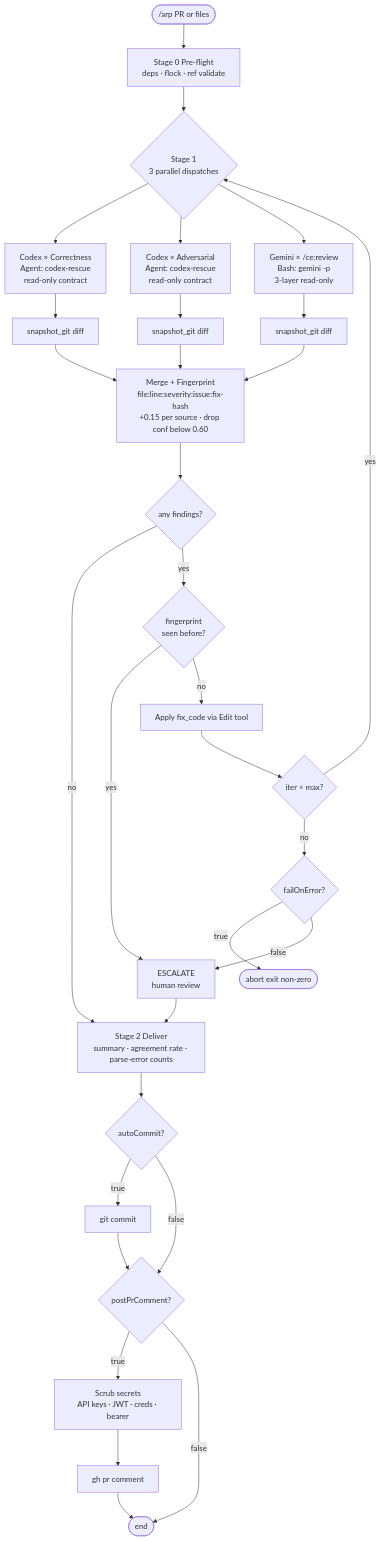
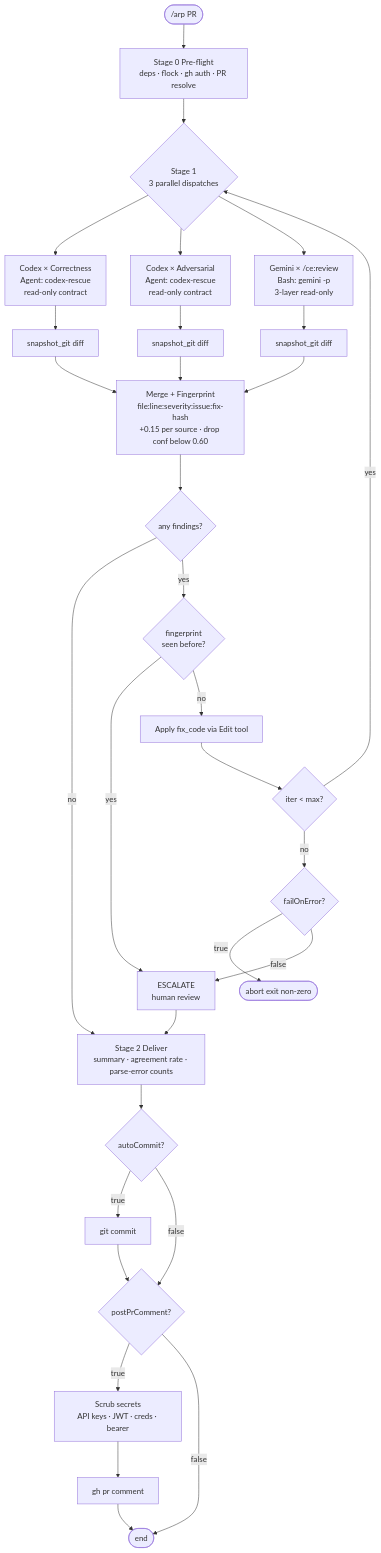
Before and after one commit to onchainyaotoshi/agent-review-pipeline: the diagram in README.md, drawn with Mermaid. The commit also changed 5 other files, not shown here.

````diff
--- a/README.md
+++ b/README.md
@@ -16,39 +16,39 @@
 ```mermaid
 flowchart TD
-    Start([/arp PR or files]) --> Pre[Stage 0 Pre-flight<br/>deps · flock · ref validate]
+    Start([/arp PR]) --> Pre[Stage 0 Pre-flight<br/>deps · flock · gh auth · PR resolve]
     Pre --> Disp{Stage 1<br/>3 parallel dispatches}
 
     Disp --> C1["Codex × Correctness<br/>Agent: codex-rescue<br/>read-only contract"]
     Disp --> C2["Codex × Adversarial<br/>Agent: codex-rescue<br/>read-only contract"]
     Disp --> G["Gemini × /ce:review<br/>Bash: gemini -p<br/>3-layer read-only"]
 
     C1 --> S1[snapshot_git diff]
     C2 --> S2[snapshot_git diff]
     G  --> S3[snapshot_git diff]
     S1 --> M
     S2 --> M
     S3 --> M
 
     M[Merge + Fingerprint<br/>file:line:severity:issue:fix-hash<br/>+0.15 per source · drop conf below 0.60]
     M --> L{any findings?}
     L -- no --> D
     L -- yes --> K{fingerprint<br/>seen before?}
     K -- yes --> E[ESCALATE<br/>human review]
     K -- no --> F[Apply fix_code via Edit tool]
     F --> I{iter < max?}
     I -- yes --> Disp
     I -- no --> FE{failOnError?}
     FE -- true --> Ab([abort exit non-zero])
     FE -- false --> E
     E --> D
 
     D[Stage 2 Deliver<br/>summary · agreement rate · parse-error counts]
     D --> AC{autoCommit?}
     AC -- true --> GC[git commit]
     AC -- false --> PC{postPrComment?}
     GC --> PC
     PC -- true --> SCR[Scrub secrets<br/>API keys · JWT · creds · bearer]
     SCR --> GH[gh pr comment]
     GH --> End([end])
     PC -- false --> End
 ```
````
